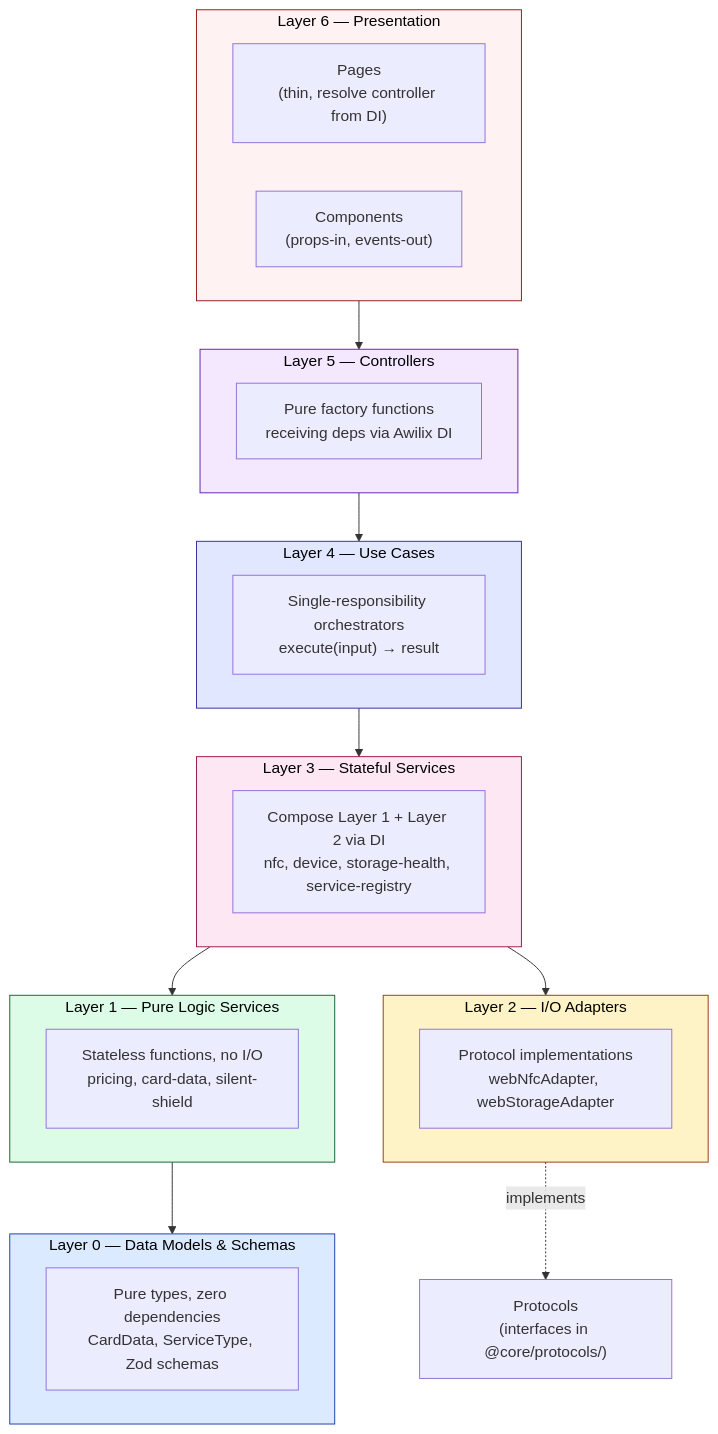
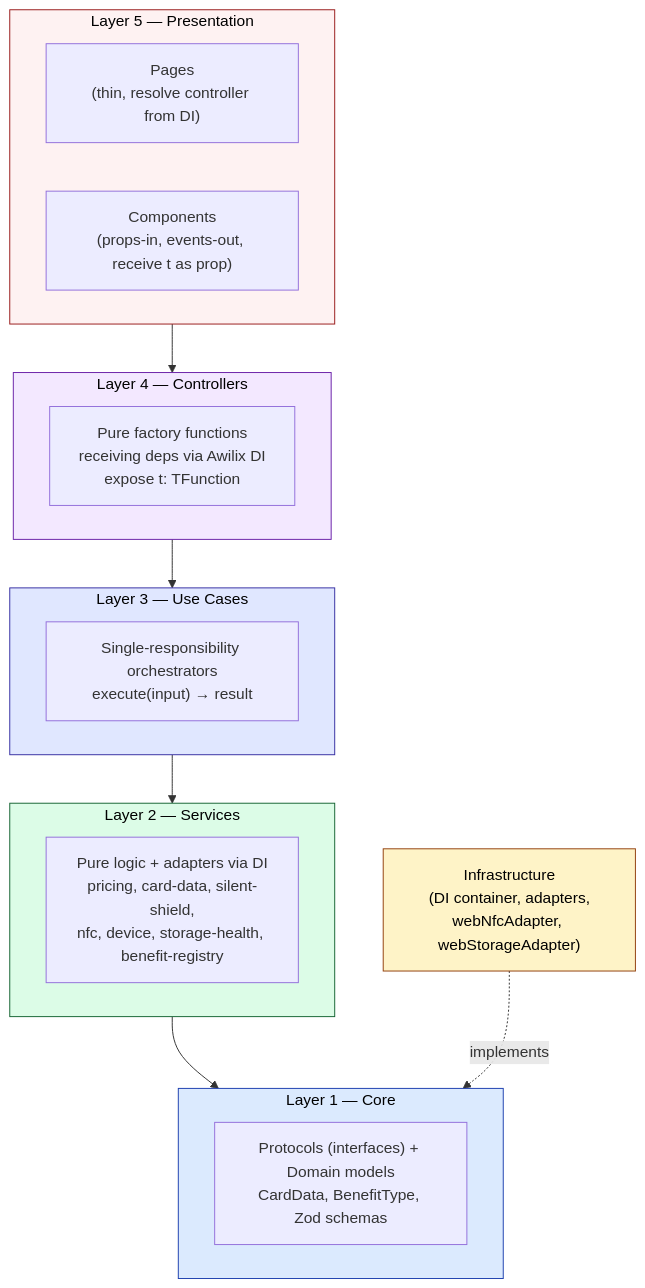
Before and after one commit to widdestoyud/assesment-s1-2026: the first of 2 diagrams in docs/wiki/membership-benefit-card/01-Architecture/Clean-Architecture.md, drawn with Mermaid. The commit also changed other lines of this file and 171 other files, not shown here.

````diff
--- a/docs/wiki/membership-benefit-card/01-Architecture/Clean-Architecture.md
+++ b/docs/wiki/membership-benefit-card/01-Architecture/Clean-Architecture.md
@@ -11,49 +11,38 @@
 ```mermaid
 graph TB
-    subgraph L6["Layer 6 — Presentation"]
+    subgraph L5["Layer 5 — Presentation"]
         Pages["Pages<br/>(thin, resolve controller from DI)"]
-        Components["Components<br/>(props-in, events-out)"]
+        Components["Components<br/>(props-in, events-out, receive t as prop)"]
     end
 
-    subgraph L5["Layer 5 — Controllers"]
-        Controllers["Pure factory functions<br/>receiving deps via Awilix DI"]
+    subgraph L4["Layer 4 — Controllers"]
+        Controllers["Pure factory functions<br/>receiving deps via Awilix DI<br/>expose t: TFunction"]
     end
 
-    subgraph L4["Layer 4 — Use Cases"]
+    subgraph L3["Layer 3 — Use Cases"]
         UC["Single-responsibility orchestrators<br/>execute(input) → result"]
     end
 
-    subgraph L3["Layer 3 — Stateful Services"]
-        SS["Compose Layer 1 + Layer 2 via DI<br/>nfc, device, storage-health, service-registry"]
+    subgraph L2["Layer 2 — Services"]
+        SS["Pure logic + adapters via DI<br/>pricing, card-data, silent-shield,<br/>nfc, device, storage-health, benefit-registry"]
     end
 
-    subgraph L2["Layer 2 — I/O Adapters"]
-        IO["Protocol implementations<br/>webNfcAdapter, webStorageAdapter"]
+    subgraph L1["Layer 1 — Core"]
+        DM["Protocols (interfaces) + Domain models<br/>CardData, BenefitType, Zod schemas"]
     end
 
-    subgraph L1["Layer 1 — Pure Logic Services"]
-        PL["Stateless functions, no I/O<br/>pricing, card-data, silent-shield"]
-    end
-
-    subgraph L0["Layer 0 — Data Models & Schemas"]
-        DM["Pure types, zero dependencies<br/>CardData, ServiceType, Zod schemas"]
-    end
-
-    L6 --> L5
     L5 --> L4
     L4 --> L3
-    L3 --> L1
     L3 --> L2
-    L2 -.->|implements| Protocols
-    L1 --> L0
+    L2 --> L1
 
-    Protocols["Protocols<br/>(interfaces in @core/protocols/)"]
+    Infra["Infrastructure<br/>(DI container, adapters,<br/>webNfcAdapter, webStorageAdapter)"]
+    Infra -.->|implements| L1
 
-    style L0 fill:#dbeafe,stroke:#1e40af,color:#000
-    style L1 fill:#dcfce7,stroke:#166534,color:#000
-    style L2 fill:#fef3c7,stroke:#92400e,color:#000
-    style L3 fill:#fce7f3,stroke:#9d174d,color:#000
-    style L4 fill:#e0e7ff,stroke:#3730a3,color:#000
-    style L5 fill:#f3e8ff,stroke:#6b21a8,color:#000
-    style L6 fill:#fef2f2,stroke:#991b1b,color:#000
+    style L1 fill:#dbeafe,stroke:#1e40af,color:#000
+    style L2 fill:#dcfce7,stroke:#166534,color:#000
+    style L3 fill:#e0e7ff,stroke:#3730a3,color:#000
+    style L4 fill:#f3e8ff,stroke:#6b21a8,color:#000
+    style L5 fill:#fef2f2,stroke:#991b1b,color:#000
+    style Infra fill:#fef3c7,stroke:#92400e,color:#000
 ```
````
